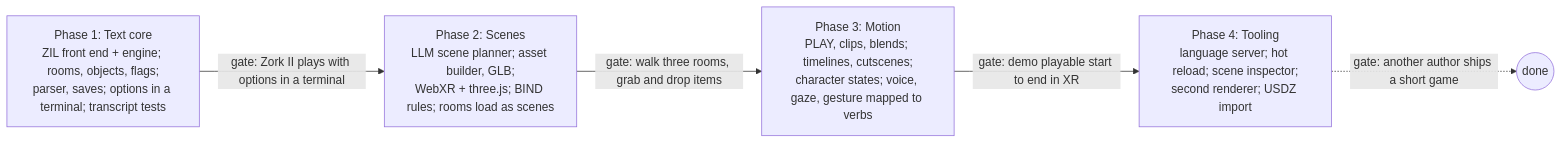
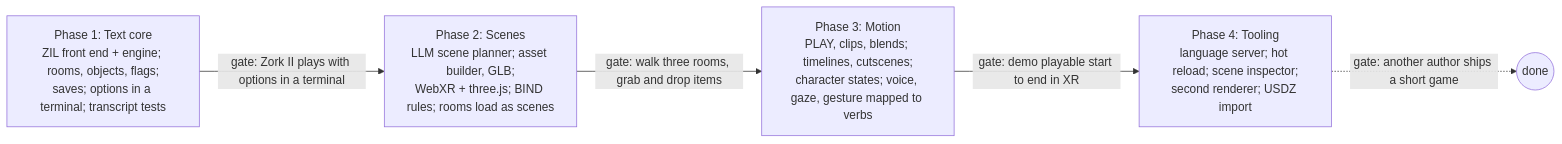
One commit to kariato/zxr changed the third of 3 diagrams in docs/design.md. Above: the diagram before and after it, drawn with Mermaid. The commit also changed other lines of this file and 4 other files, not shown here.

````diff
--- a/docs/design.md
+++ b/docs/design.md
@@ -453,11 +442,11 @@
 ```mermaid
 flowchart LR
-  P1["Phase 1: Text core<br/>ZIL front end + engine; rooms, objects, flags;<br/>parser, saves; options in a terminal; transcript tests"]
+  P1["Phase 1: Text core<br/>ZIL front end + engine; rooms, objects, flags;<br/>saves; options in a terminal; transcript tests"]
   P2["Phase 2: Scenes<br/>LLM scene planner; asset builder, GLB;<br/>WebXR + three.js; BIND rules; rooms load as scenes"]
   P3["Phase 3: Motion<br/>PLAY, clips, blends; timelines, cutscenes;<br/>character states; voice, gaze, gesture mapped to verbs"]
   P4["Phase 4: Tooling<br/>language server; hot reload; scene inspector;<br/>second renderer; USDZ import"]
   P1 -- "gate: Zork II plays with options in a terminal" --> P2
   P2 -- "gate: walk three rooms, grab and drop items" --> P3
   P3 -- "gate: demo playable start to end in XR" --> P4
   P4 -. "gate: another author ships a short game" .-> DONE((done))
 ```
````
